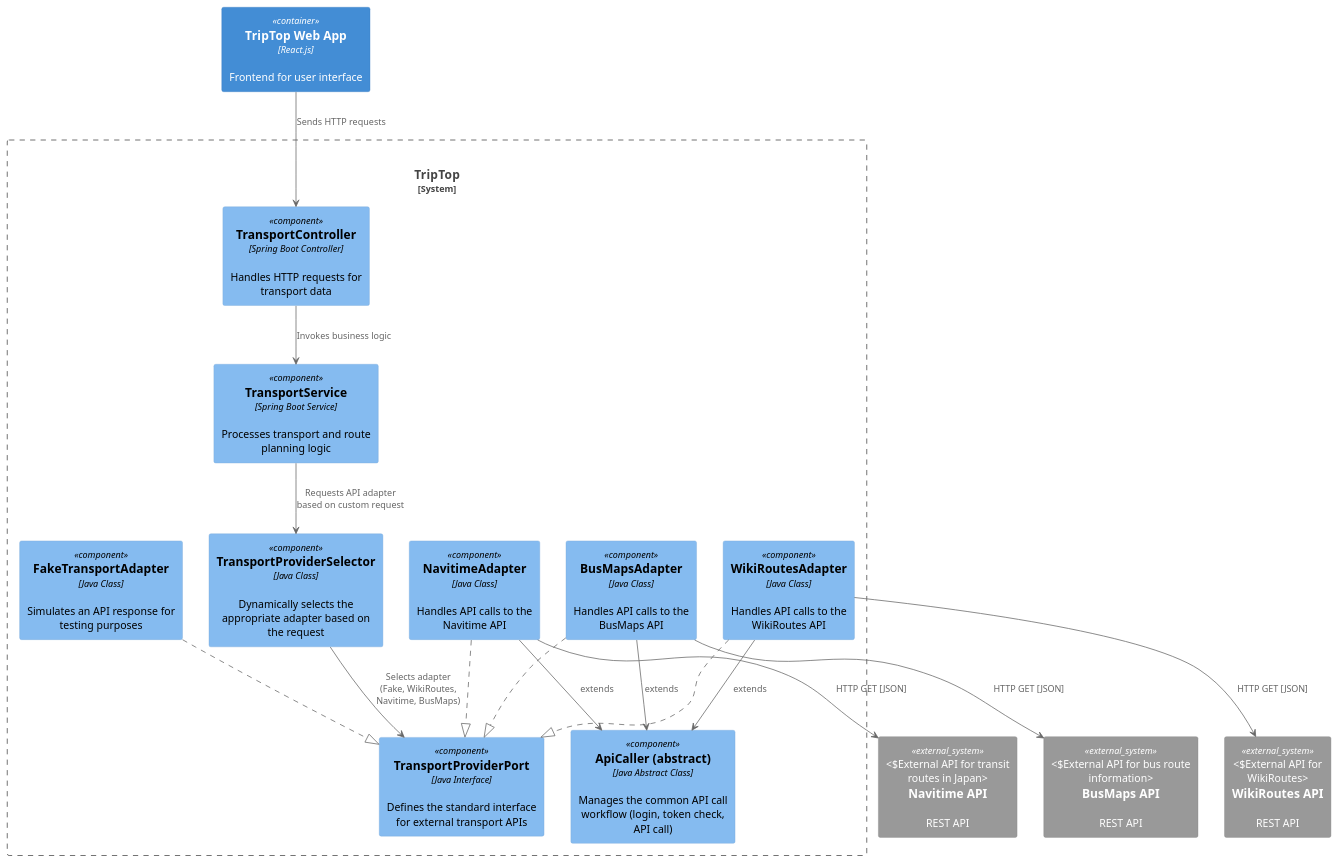
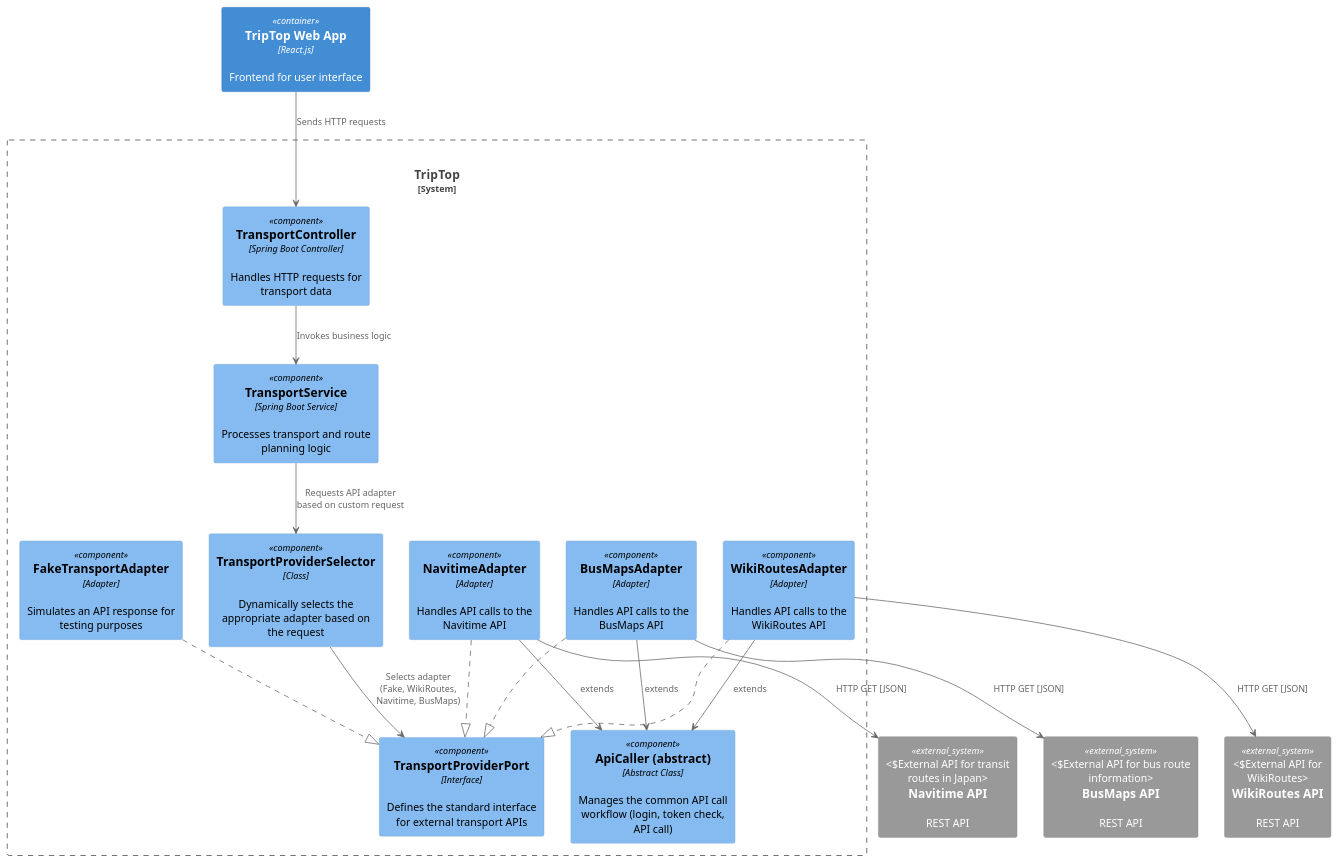
Before and after one commit to AIM-ENE-feb25/triptop-jrn: the diagram in opdracht-diagrammen/finalComponentDiagramPrototype.puml, drawn with PlantUML. The commit also changed 5 other files, not shown here.

```diff
--- a/opdracht-diagrammen/finalComponentDiagramPrototype.puml
+++ b/opdracht-diagrammen/finalComponentDiagramPrototype.puml
@@ -1,38 +1,38 @@
 @startuml
 !include <C4/C4_Container>
 !include <C4/C4_Component>
 !include https://raw.githubusercontent.com/plantuml-stdlib/C4-PlantUML/master/C4_Component.puml
 
 Container("frontend", "TripTop Web App", "React.js", "Frontend for user interface")
 
 System_Boundary(triptop_core, "TripTop") {
     Component("transportController", "TransportController", "Spring Boot Controller", "Handles HTTP requests for transport data")
     Component("transportService", "TransportService", "Spring Boot Service", "Processes transport and route planning logic")
-    Component("TransportProviderSelector", "TransportProviderSelector", "Java Class", "Dynamically selects the appropriate adapter based on the request")
-    Component("ApiCaller", "ApiCaller (abstract)", "Java Abstract Class", "Manages the common API call workflow (login, token check, API call)")
-    Component("TransportProviderPort", "TransportProviderPort", "Java Interface", "Defines the standard interface for external transport APIs")
-    Component("FakeTransportAdapter", "FakeTransportAdapter", "Java Class", "Simulates an API response for testing purposes")
-    Component("WikiRoutesAdapter", "WikiRoutesAdapter", "Java Class", "Handles API calls to the WikiRoutes API")
-    Component("NavitimeAdapter", "NavitimeAdapter", "Java Class", "Handles API calls to the Navitime API")
-    Component("BusMapsAdapter", "BusMapsAdapter", "Java Class", "Handles API calls to the BusMaps API")
+    Component("TransportProviderSelector", "TransportProviderSelector", "Class", "Dynamically selects the appropriate adapter based on the request")
+    Component("ApiCaller", "ApiCaller (abstract)", "Abstract Class", "Manages the common API call workflow (login, token check, API call)")
+    Component("TransportProviderPort", "TransportProviderPort", "Interface", "Defines the standard interface for external transport APIs")
+    Component("FakeTransportAdapter", "FakeTransportAdapter", "Adapter", "Simulates an API response for testing purposes")
+    Component("WikiRoutesAdapter", "WikiRoutesAdapter", "Adapter", "Handles API calls to the WikiRoutes API")
+    Component("NavitimeAdapter", "NavitimeAdapter", "Adapter", "Handles API calls to the Navitime API")
+    Component("BusMapsAdapter", "BusMapsAdapter", "Adapter", "Handles API calls to the BusMaps API")
 }
 
 System_Ext("WikiRoutesAPI", "WikiRoutes API", "REST API", "External API for WikiRoutes")
 System_Ext("NavitimeAPI", "Navitime API", "REST API", "External API for transit routes in Japan")
 System_Ext("BusMapsAPI", "BusMaps API", "REST API", "External API for bus route information")
 
 frontend --> transportController : "Sends HTTP requests"
 transportController --> transportService : "Invokes business logic"
 transportService --> TransportProviderSelector : "Requests API adapter based on custom request"
 TransportProviderSelector --> TransportProviderPort : "Selects adapter\n(Fake, WikiRoutes, Navitime, BusMaps)"
 WikiRoutesAdapter ..|> TransportProviderPort
 NavitimeAdapter ..|> TransportProviderPort
 BusMapsAdapter ..|> TransportProviderPort
 FakeTransportAdapter ..|> TransportProviderPort
 WikiRoutesAdapter --> ApiCaller : "extends"
 NavitimeAdapter --> ApiCaller : "extends"
 BusMapsAdapter --> ApiCaller : "extends"
 WikiRoutesAdapter --> "WikiRoutesAPI" : "HTTP GET [JSON]"
 NavitimeAdapter --> "NavitimeAPI" : "HTTP GET [JSON]"
 BusMapsAdapter --> "BusMapsAPI" : "HTTP GET [JSON]"
 @enduml
```
